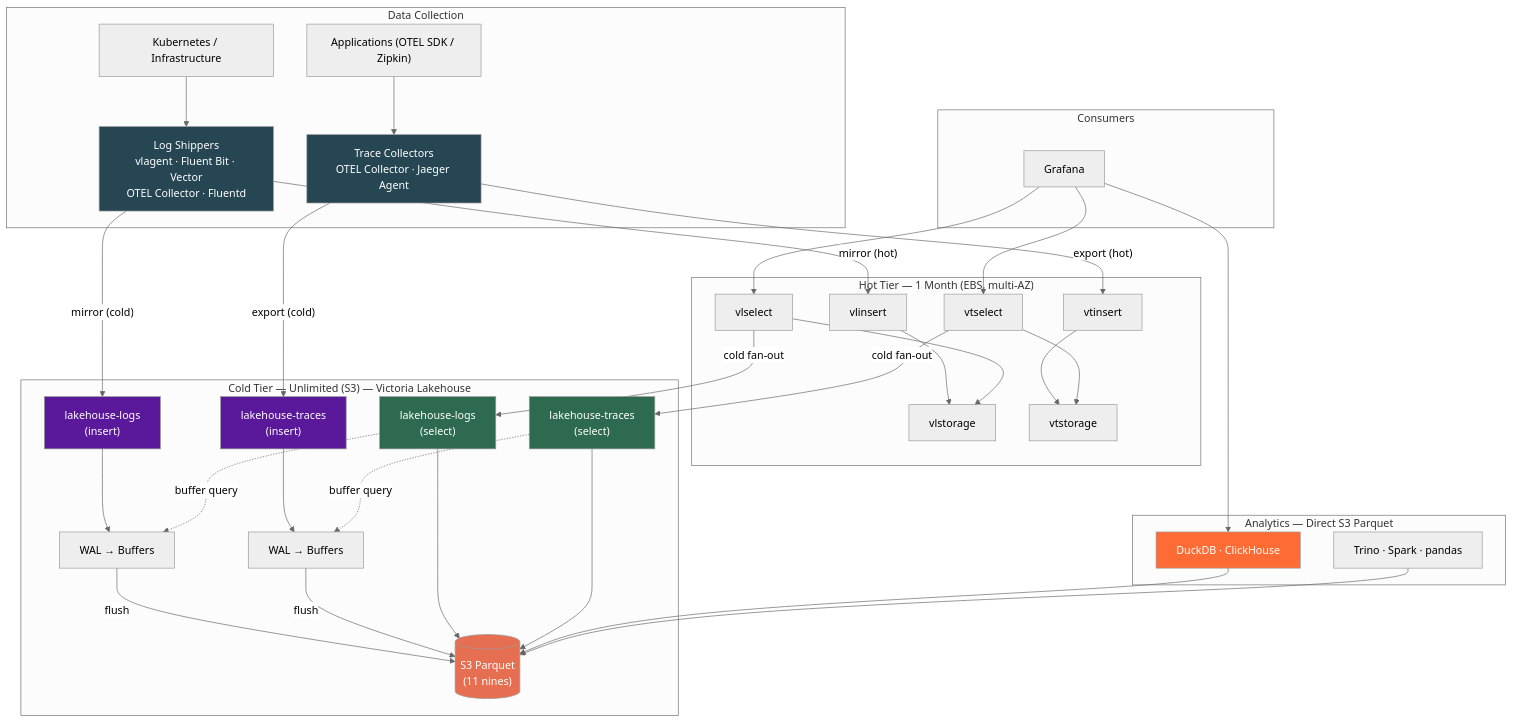
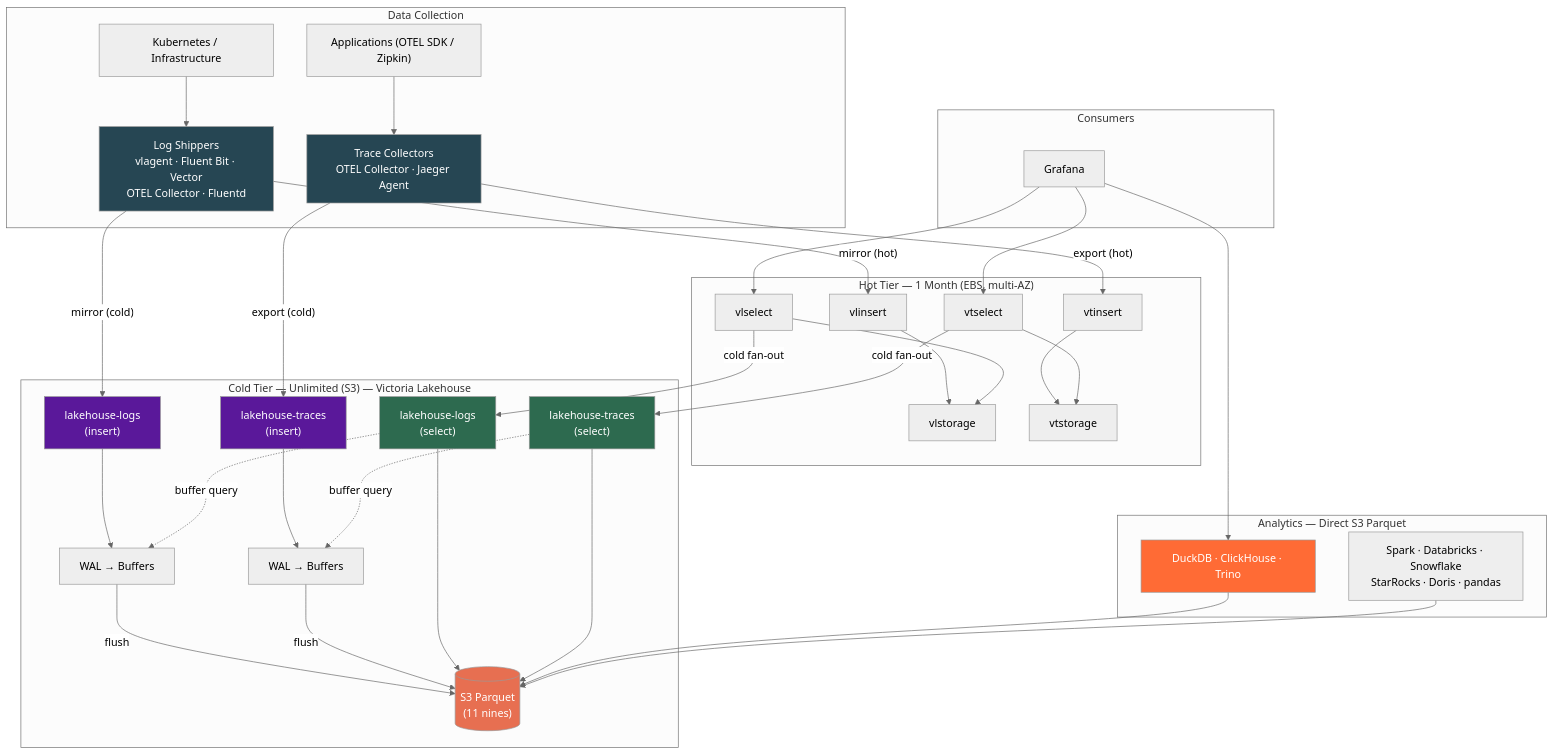
One commit to ReliablyObserve/victoria-lakehouse changed the first of 10 diagrams in README.md. Above: the diagram before and after it, drawn with Mermaid (neutral theme). The commit also changed other lines of this file and 29 other files, not shown here.

````diff
--- a/README.md
+++ b/README.md
@@ -120,56 +120,56 @@
 ```mermaid
 graph TB
     subgraph "Data Collection"
         K8S["Kubernetes / Infrastructure"]
         LOG["Log Shippers<br/>vlagent · Fluent Bit · Vector<br/>OTEL Collector · Fluentd"]
         APP["Applications (OTEL SDK / Zipkin)"]
         TRACE["Trace Collectors<br/>OTEL Collector · Jaeger Agent"]
         K8S --> LOG
         APP --> TRACE
     end
 
     subgraph "Hot Tier — 1 Month (EBS, multi-AZ)"
         VLI["vlinsert"] --> VLSTO["vlstorage"]
         VTI["vtinsert"] --> VTSTO["vtstorage"]
         VLSEL["vlselect"] --> VLSTO
         VTSEL["vtselect"] --> VTSTO
     end
 
     subgraph "Cold Tier — Unlimited (S3) — Victoria Lakehouse"
         LHL["lakehouse-logs<br/>(insert)"] --> WAL1["WAL → Buffers"]
         LHT["lakehouse-traces<br/>(insert)"] --> WAL2["WAL → Buffers"]
         WAL1 -->|flush| S3[("S3 Parquet<br/>(11 nines)")]
         WAL2 -->|flush| S3
         LHLS["lakehouse-logs<br/>(select)"] --> S3
         LHTS["lakehouse-traces<br/>(select)"] --> S3
         LHLS -.->|buffer query| WAL1
         LHTS -.->|buffer query| WAL2
     end
 
     LOG -->|"mirror (hot)"| VLI
     LOG -->|"mirror (cold)"| LHL
     TRACE -->|"export (hot)"| VTI
     TRACE -->|"export (cold)"| LHT
 
     subgraph "Consumers"
         GF["Grafana"] --> VLSEL
         GF --> VTSEL
         VLSEL -->|cold fan-out| LHLS
         VTSEL -->|cold fan-out| LHTS
     end
 
     subgraph "Analytics — Direct S3 Parquet"
-        GF --> DDB["DuckDB · ClickHouse"]
+        GF --> DDB["DuckDB · ClickHouse · Trino"]
         DDB --> S3
-        TRI["Trino · Spark · pandas"] --> S3
+        TRI["Spark · Databricks · Snowflake<br/>StarRocks · Doris · pandas"] --> S3
     end
 
     style S3 fill:#e76f51,color:#fff
     style LHL fill:#5a189a,color:#fff
     style LHT fill:#5a189a,color:#fff
     style LHLS fill:#2d6a4f,color:#fff
     style LHTS fill:#2d6a4f,color:#fff
     style LOG fill:#264653,color:#fff
     style TRACE fill:#264653,color:#fff
     style DDB fill:#ff6b35,color:#fff
 ```
````
